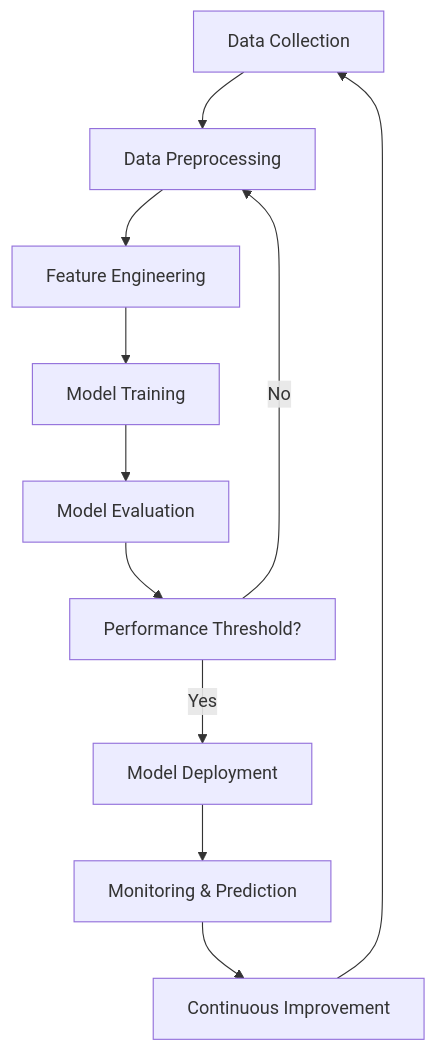
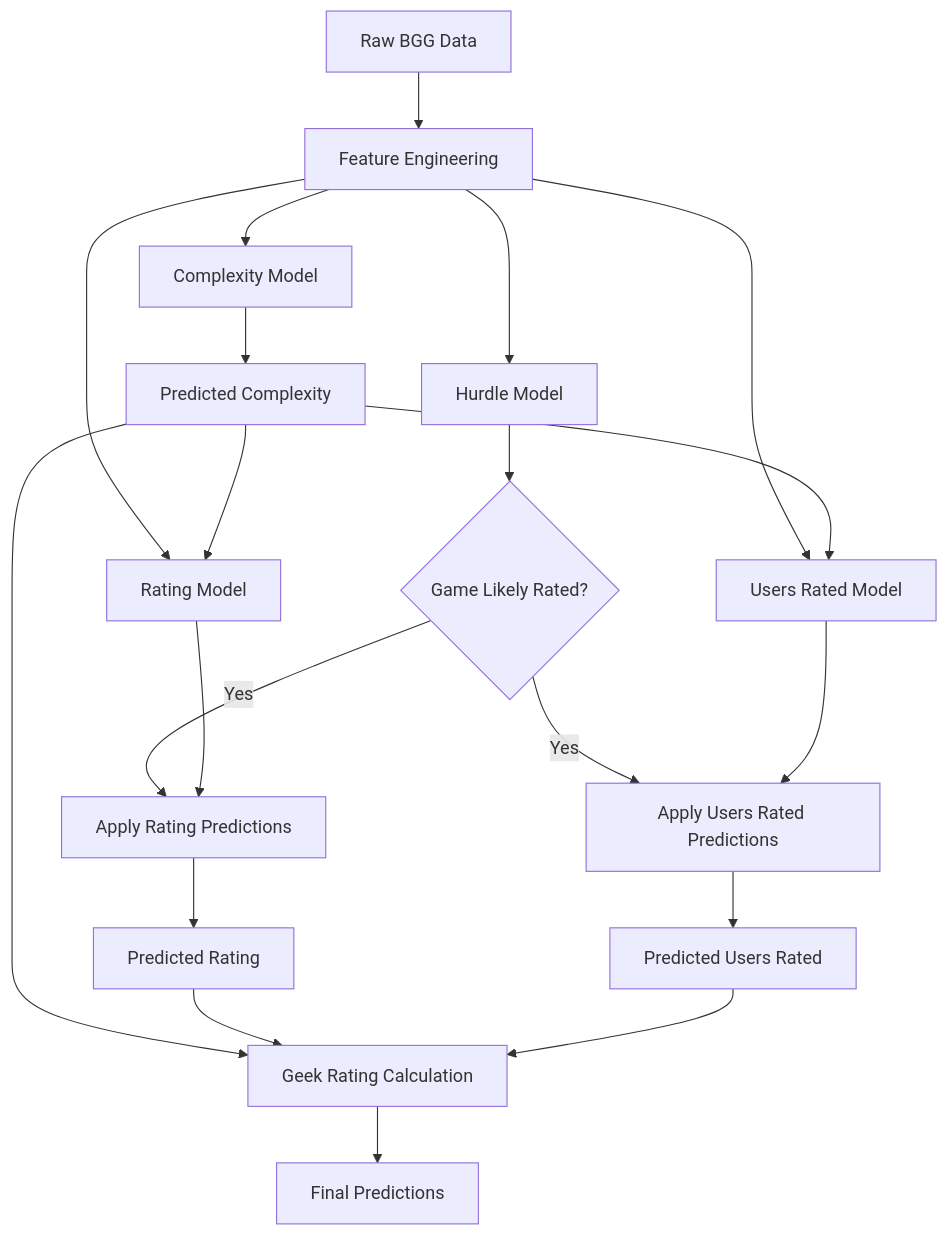
Before and after one commit to phenrickson/bgg-predictive-models: the diagram in README.md, drawn with Mermaid. The commit also changed other lines of this file, not shown here.

````diff
--- a/README.md
+++ b/README.md
@@ -30,13 +150,22 @@
 ```mermaid
 flowchart TD
-    A[Data Collection] --> B[Data Preprocessing]
-    B --> C[Feature Engineering]
-    C --> D[Model Training]
-    D --> E[Model Evaluation]
-    E --> F[Performance Threshold?]
-    F -->|No| B
-    F -->|Yes| G[Model Deployment]
-    G --> H[Monitoring & Prediction]
-    H --> I[Continuous Improvement]
-    I --> A
+    A[Raw BGG Data] --> B[Feature Engineering]
+    B --> C[Hurdle Model]
+    B --> D[Complexity Model]
+    D --> H[Predicted Complexity]
+    B --> F[Rating Model]
+    B --> G[Users Rated Model]
+    H --> F
+    H --> G
+    C --> E{Game Likely Rated?}
+    E -->|Yes| I[Apply Rating Predictions]
+    E -->|Yes| J[Apply Users Rated Predictions]
+    F --> I
+    G --> J
+    I --> K[Predicted Rating]
+    J --> L[Predicted Users Rated]
+    H --> M[Geek Rating Calculation]
+    K --> M
+    L --> M
+    M --> N[Final Predictions]
 ```
````
